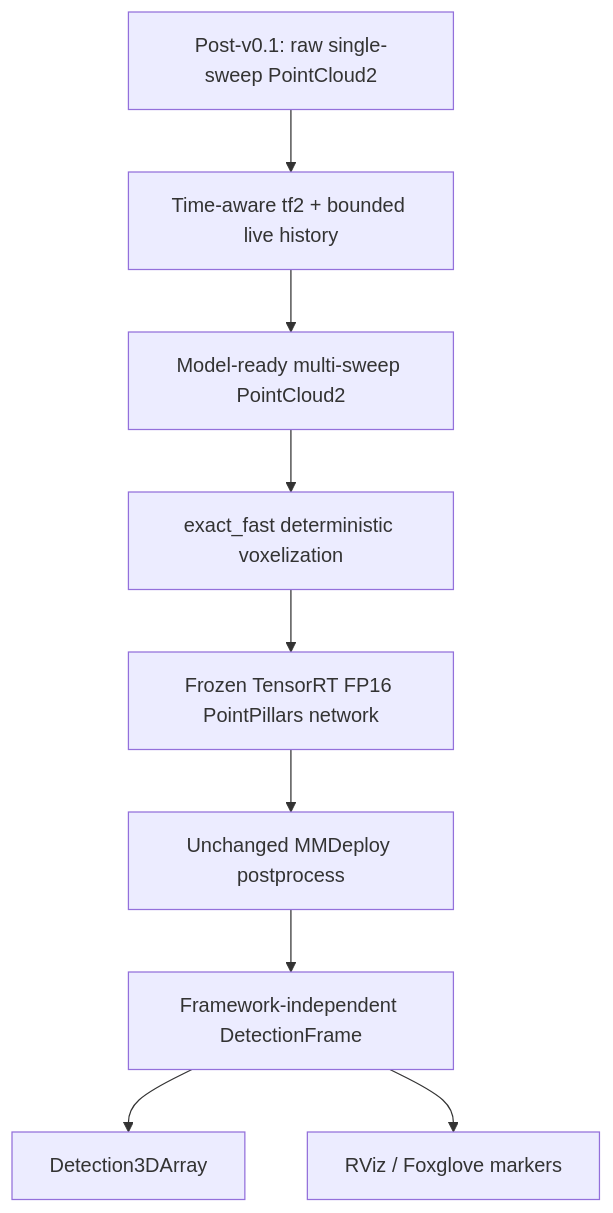
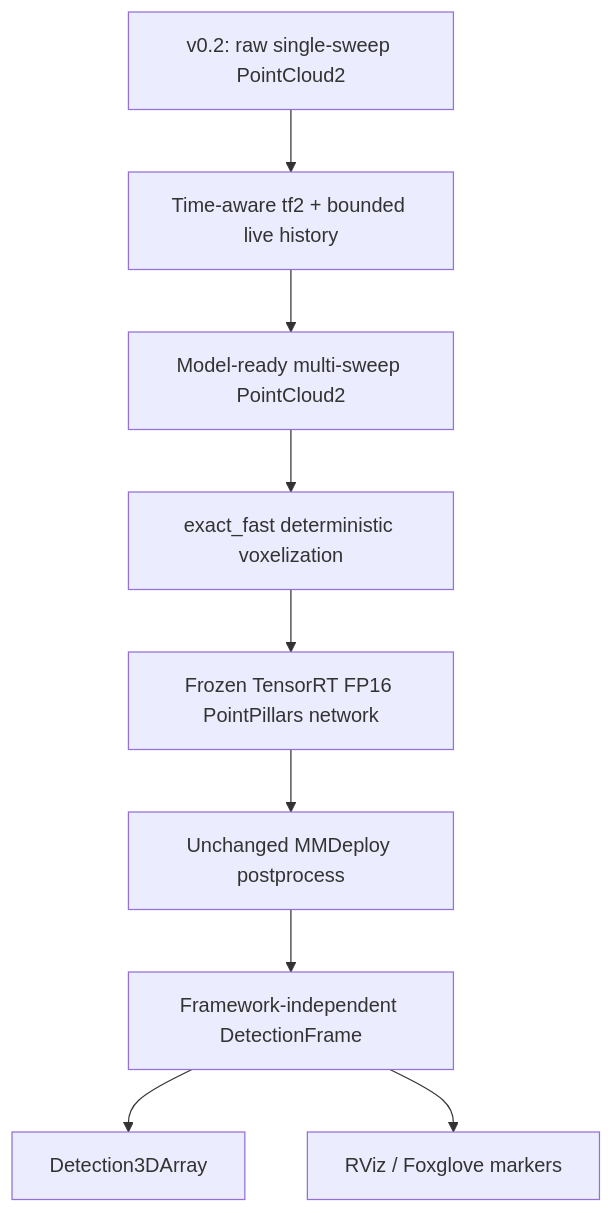
One commit to muhammadmahadazher/laserperception changed the diagram in README.md. Above: the diagram before and after it, drawn with Mermaid. The commit also changed other lines of this file and 18 other files, not shown here.

````diff
--- a/README.md
+++ b/README.md
@@ -60,11 +64,11 @@
 ```mermaid
 flowchart TD
-    R["Post-v0.1: raw single-sweep PointCloud2"] --> T["Time-aware tf2 + bounded live history"]
+    R["v0.2: raw single-sweep PointCloud2"] --> T["Time-aware tf2 + bounded live history"]
     T --> A["Model-ready multi-sweep PointCloud2"]
     A --> B["exact_fast deterministic voxelization"]
     B --> C["Frozen TensorRT FP16 PointPillars network"]
     C --> D["Unchanged MMDeploy postprocess"]
     D --> E["Framework-independent DetectionFrame"]
     E --> F["Detection3DArray"]
     E --> G["RViz / Foxglove markers"]
 ```
````
